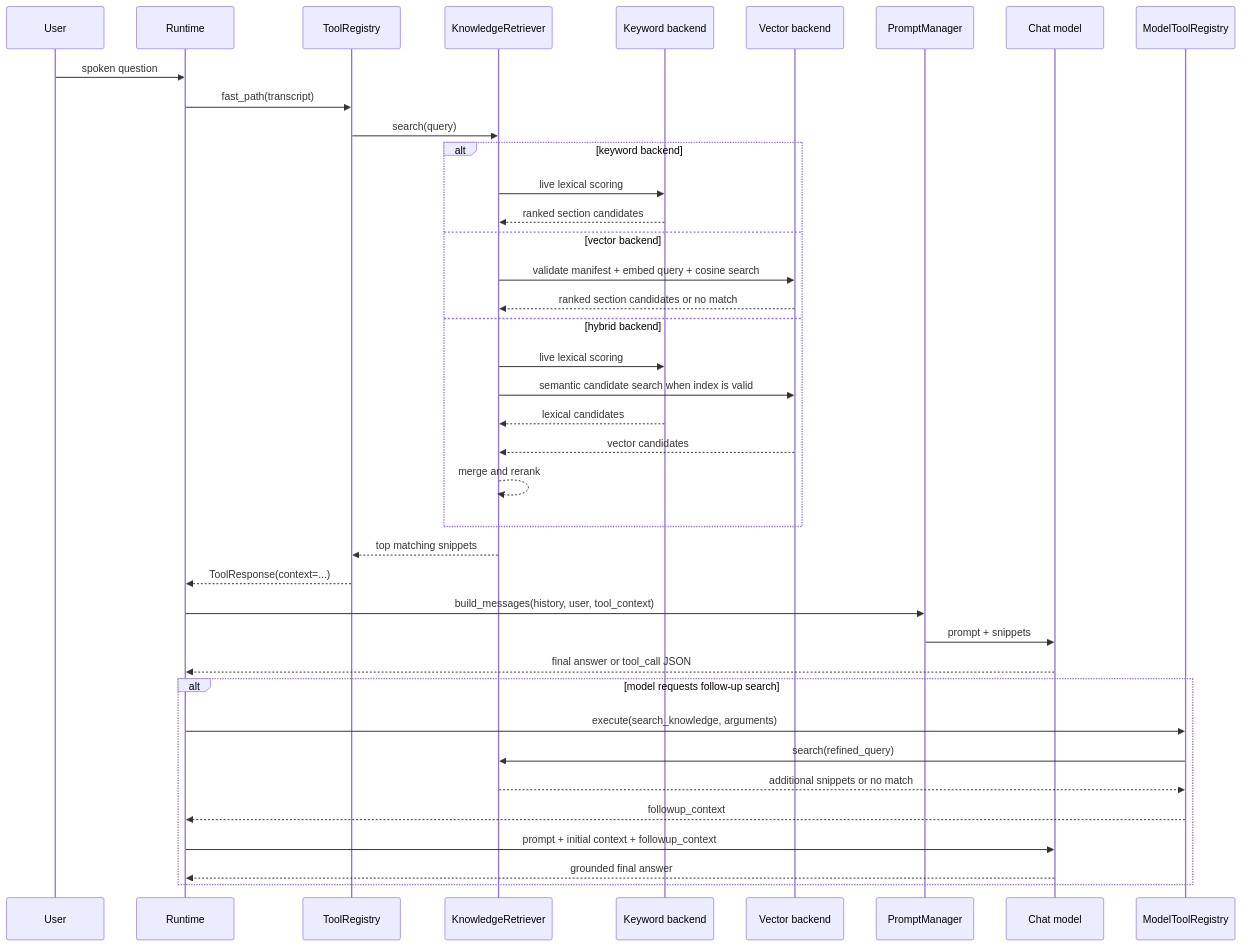
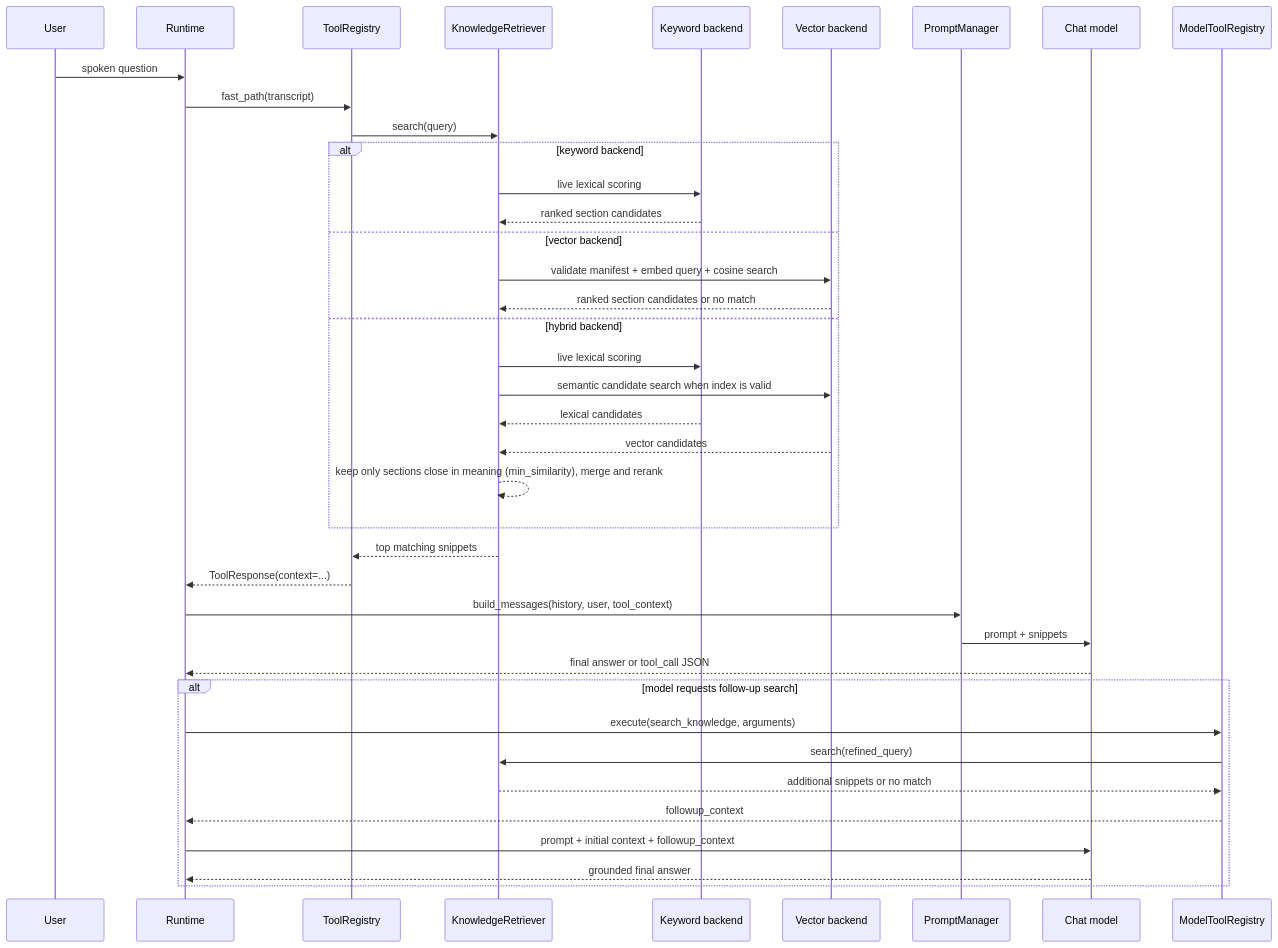
Before and after one commit to robert-mcdermott/arietta-voice: the fifth of 5 diagrams in docs/architecture.md, drawn with Mermaid. The commit also changed other lines of this file, not shown here.

Commit message:
Describe the prompt order and similarity cut-off in the architecture doc

````diff
--- a/docs/architecture.md
+++ b/docs/architecture.md
@@ -422,42 +424,42 @@
 ```mermaid
 sequenceDiagram
     participant User
     participant Runtime
     participant Tools as ToolRegistry
     participant KB as KnowledgeRetriever
     participant KW as Keyword backend
     participant VEC as Vector backend
     participant Prompt as PromptManager
     participant Chat as Chat model
     participant MTools as ModelToolRegistry
 
     User->>Runtime: spoken question
     Runtime->>Tools: fast_path(transcript)
     Tools->>KB: search(query)
     alt keyword backend
         KB->>KW: live lexical scoring
         KW-->>KB: ranked section candidates
     else vector backend
         KB->>VEC: validate manifest + embed query + cosine search
         VEC-->>KB: ranked section candidates or no match
     else hybrid backend
         KB->>KW: live lexical scoring
         KB->>VEC: semantic candidate search when index is valid
         KW-->>KB: lexical candidates
         VEC-->>KB: vector candidates
-        KB-->>KB: merge and rerank
+        KB-->>KB: keep only sections close in meaning (min_similarity), merge and rerank
     end
     KB-->>Tools: top matching snippets
     Tools-->>Runtime: ToolResponse(context=...)
     Runtime->>Prompt: build_messages(history, user, tool_context)
     Prompt->>Chat: prompt + snippets
     Chat-->>Runtime: final answer or tool_call JSON
     alt model requests follow-up search
         Runtime->>MTools: execute(search_knowledge, arguments)
         MTools->>KB: search(refined_query)
         KB-->>MTools: additional snippets or no match
         MTools-->>Runtime: followup_context
         Runtime->>Chat: prompt + initial context + followup_context
         Chat-->>Runtime: grounded final answer
     end
 ```
````
